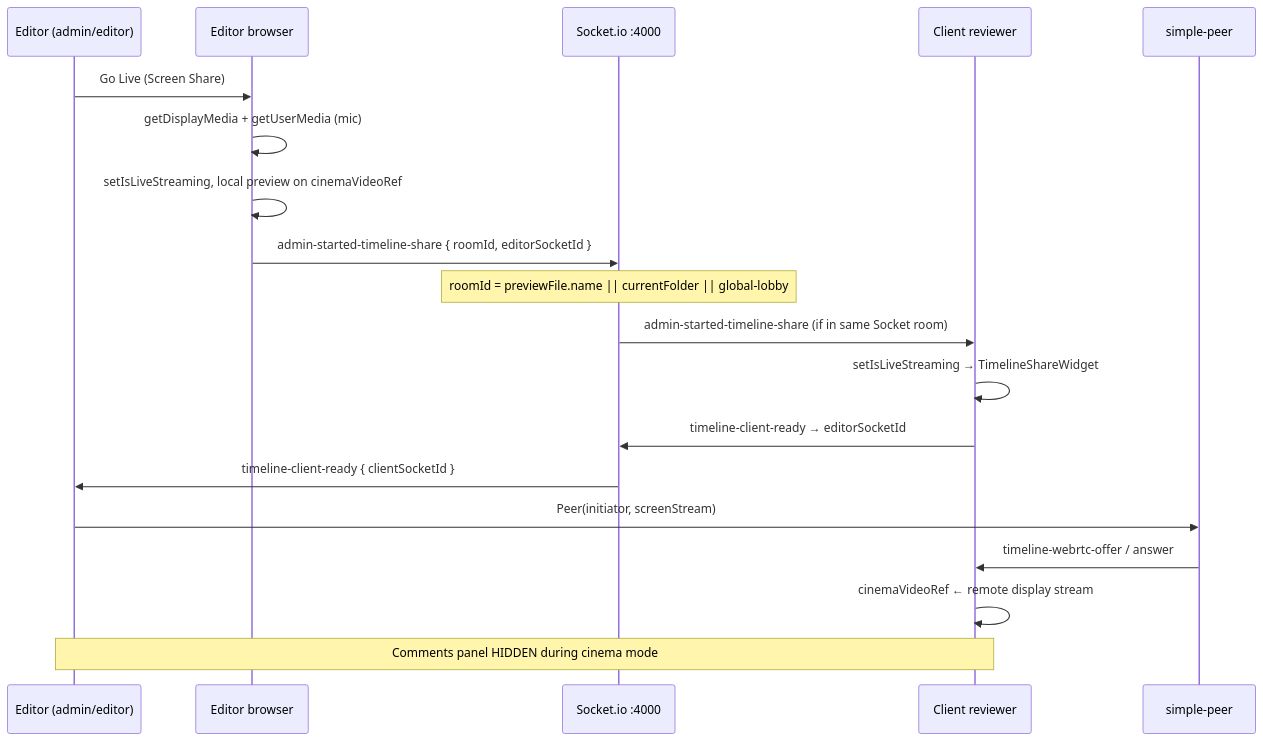
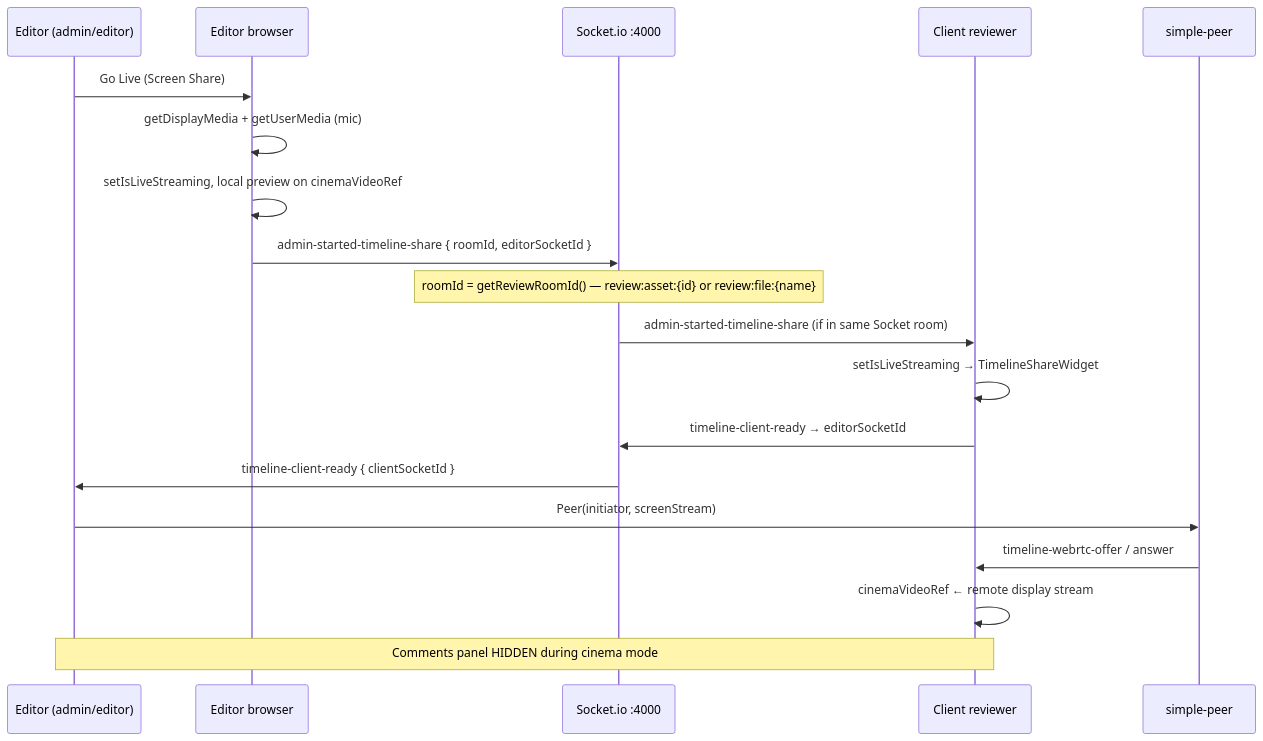
One commit to bakirul/rendorax-studio-web changed the diagram in timeline-sharing-regression-report.md. Above: the diagram before and after it, drawn with Mermaid. The commit also changed other lines of this file and 27 other files, not shown here.

````diff
--- a/timeline-sharing-regression-report.md
+++ b/timeline-sharing-regression-report.md
@@ -95,22 +95,22 @@
 ```mermaid
 sequenceDiagram
   participant Editor as Editor (admin/editor)
   participant Browser as Editor browser
   participant SIO as Socket.io :4000
   participant Client as Client reviewer
   participant WebRTC as simple-peer
 
   Editor->>Browser: Go Live (Screen Share)
   Browser->>Browser: getDisplayMedia + getUserMedia (mic)
   Browser->>Browser: setIsLiveStreaming, local preview on cinemaVideoRef
   Browser->>SIO: admin-started-timeline-share { roomId, editorSocketId }
-  Note over SIO: roomId = previewFile.name || currentFolder || global-lobby
+  Note over SIO: roomId = getReviewRoomId() — review:asset:{id} or review:file:{name}
   SIO->>Client: admin-started-timeline-share (if in same Socket room)
   Client->>Client: setIsLiveStreaming → TimelineShareWidget
   Client->>SIO: timeline-client-ready → editorSocketId
   SIO->>Editor: timeline-client-ready { clientSocketId }
   Editor->>WebRTC: Peer(initiator, screenStream)
   WebRTC->>Client: timeline-webrtc-offer / answer
   Client->>Client: cinemaVideoRef ← remote display stream
   Note over Client,Editor: Comments panel HIDDEN during cinema mode
 ```
````
